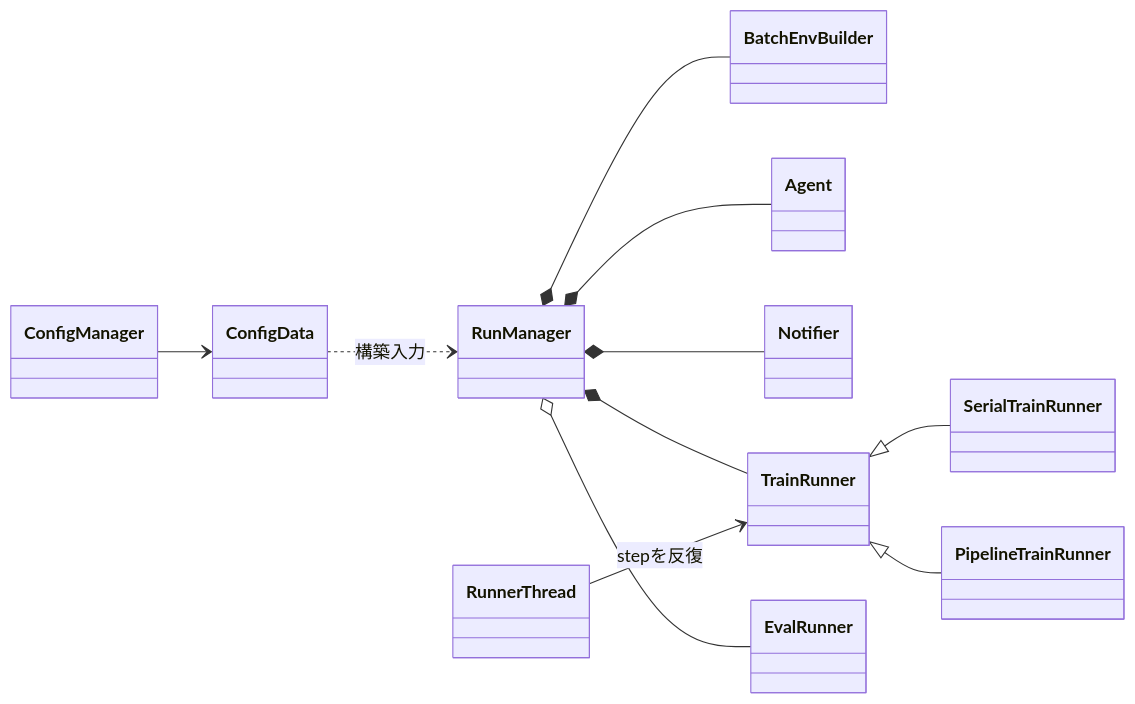
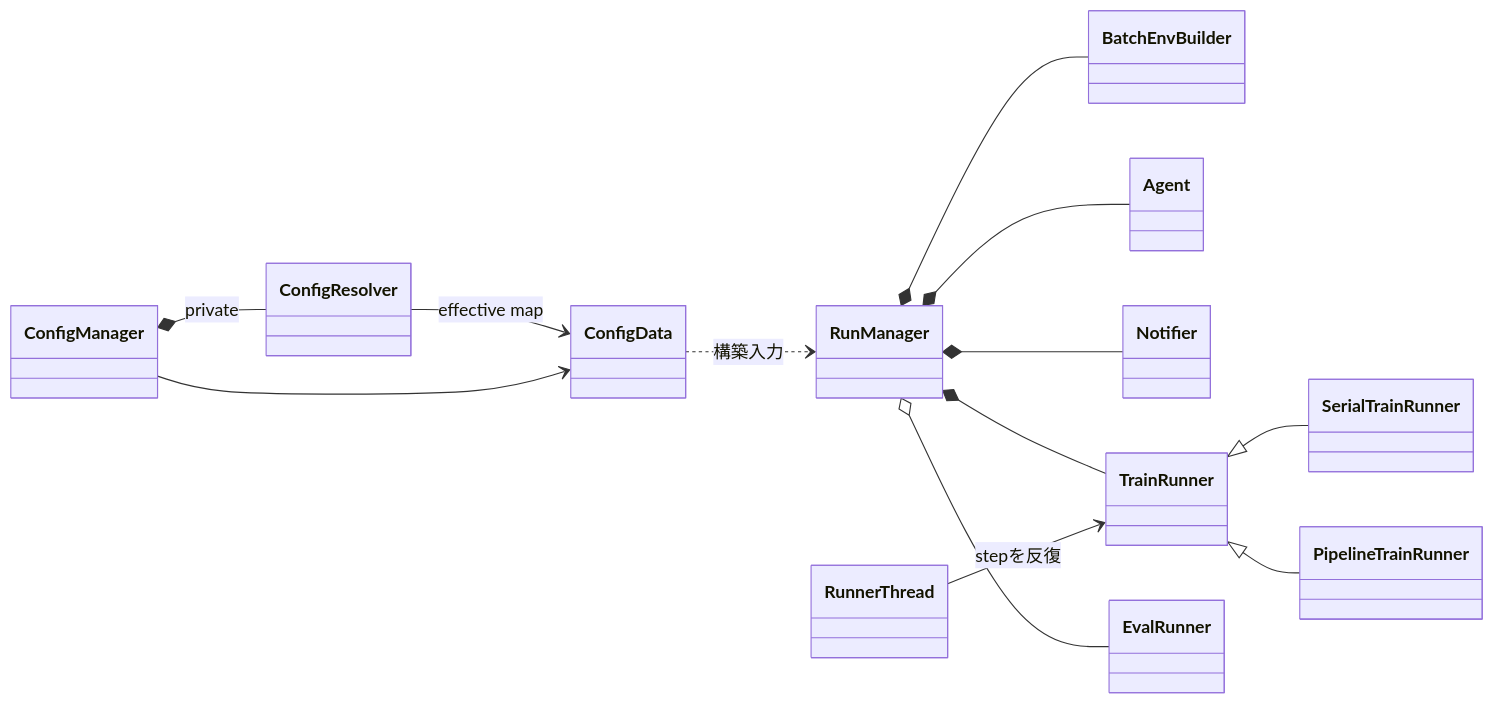
The first of 4 diagrams in docs/design/100_runtime_and_configuration.jp.md (kazukin123/anet-lab), drawn with Mermaid before and after one commit. The commit also changed other lines of this file and 10 other files, not shown here.

````diff
--- a/docs/design/100_runtime_and_configuration.jp.md
+++ b/docs/design/100_runtime_and_configuration.jp.md
@@ -91,27 +96,30 @@
 ```mermaid
 classDiagram
 direction LR
 
 class ConfigManager
+class ConfigResolver
 class ConfigData
 class RunManager
 class BatchEnvBuilder
 class Agent
 class Notifier
 class TrainRunner
 class SerialTrainRunner
 class PipelineTrainRunner
 class EvalRunner
 class RunnerThread
 
+ConfigManager *-- ConfigResolver : private
+ConfigResolver --> ConfigData : effective map
 ConfigManager --> ConfigData
 ConfigData ..> RunManager : 構築入力
 RunManager *-- BatchEnvBuilder
 RunManager *-- Agent
 RunManager *-- Notifier
 RunManager *-- TrainRunner
 RunManager o-- EvalRunner
 TrainRunner <|-- SerialTrainRunner
 TrainRunner <|-- PipelineTrainRunner
 RunnerThread --> TrainRunner : stepを反復
 ```
````
